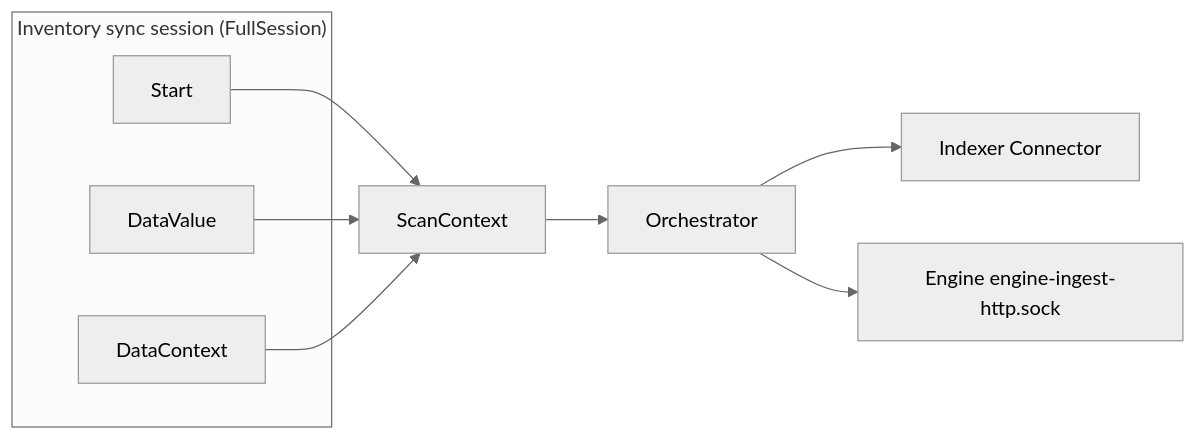
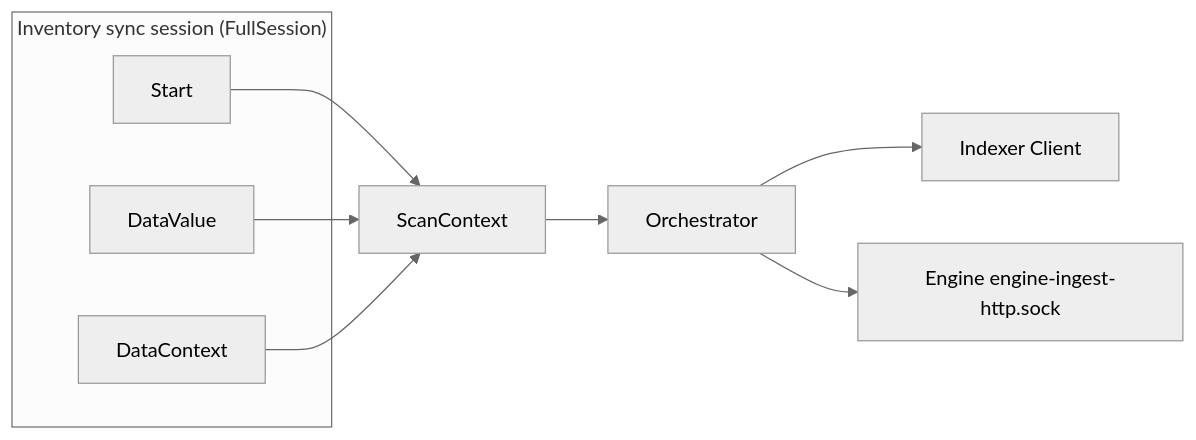
Before and after one commit to wazuh/wazuh: the first of 3 diagrams in docs/ref/modules/vulnerability-scanner/architecture.md, drawn with Mermaid (neutral theme). The commit also changed other lines of this file and 29 other files, not shown here.

````diff
--- a/docs/ref/modules/vulnerability-scanner/architecture.md
+++ b/docs/ref/modules/vulnerability-scanner/architecture.md
@@ -11,14 +11,14 @@
 ```mermaid
 flowchart LR
   subgraph InventorySyncSession["Inventory sync session (FullSession)"]
     Start[Start]
     DataValue[DataValue]
     DataContext[DataContext]
   end
   Start --> ScanContext
   DataValue --> ScanContext
   DataContext --> ScanContext
   ScanContext --> Orchestrator
-  Orchestrator --> Indexer[Indexer Connector]
+  Orchestrator --> Indexer[Indexer Client]
   Orchestrator --> Engine[Engine engine-ingest-http.sock]
 ```
````
